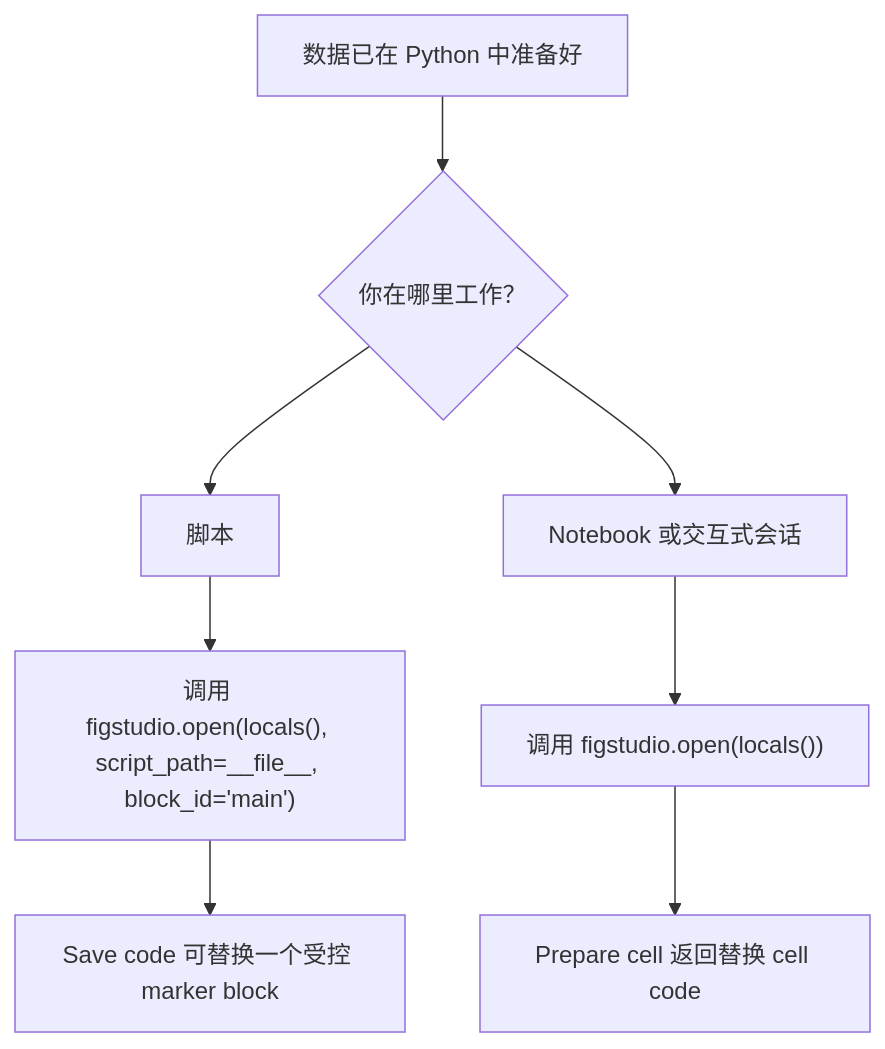
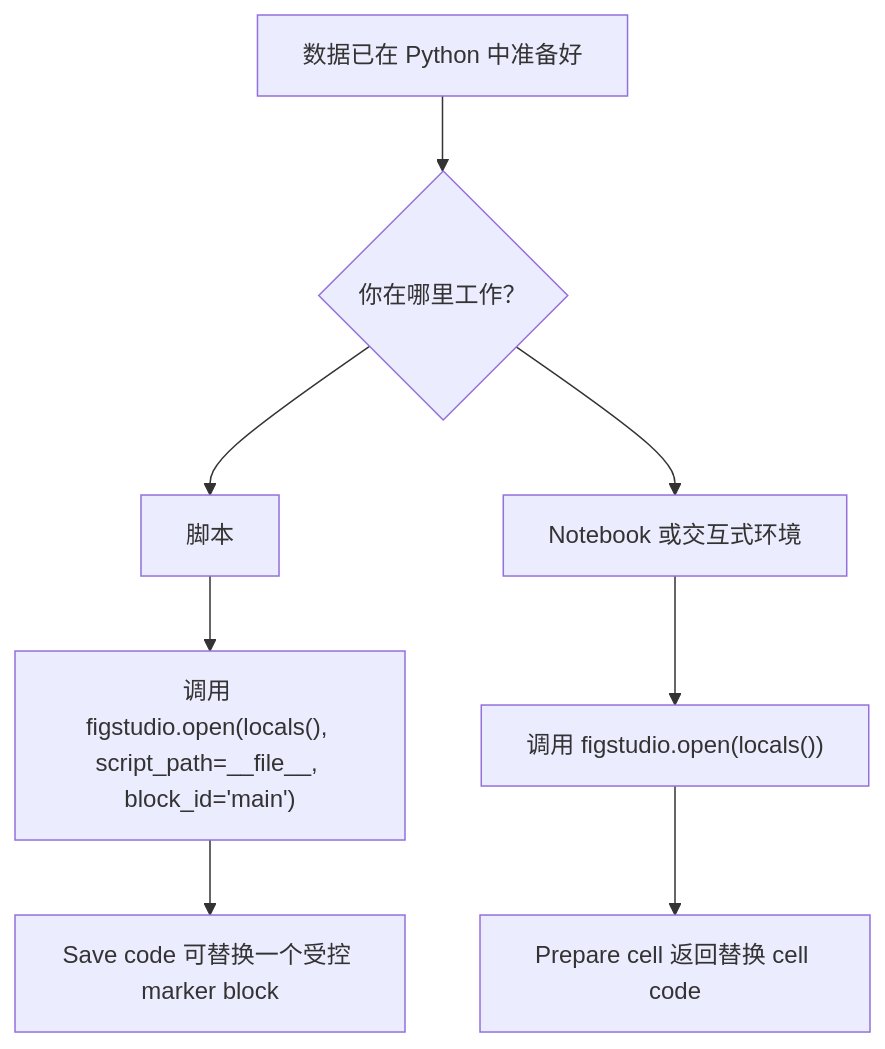
One commit to Isabelle20070607/figstudio changed the diagram in docs/zh/getting-started.md. Above: the diagram before and after it, drawn with Mermaid. The commit also changed other lines of this file and 13 other files, not shown here.

````diff
--- a/docs/zh/getting-started.md
+++ b/docs/zh/getting-started.md
@@ -23,10 +23,10 @@
 ```mermaid
 flowchart TD
   A["数据已在 Python 中准备好"] --> B{"你在哪里工作？"}
   B --> C["脚本"]
-  B --> D["Notebook 或交互式会话"]
+  B --> D["Notebook 或交互式环境"]
   C --> E["调用 figstudio.open(locals(), script_path=__file__, block_id='main')"]
   D --> F["调用 figstudio.open(locals())"]
   E --> G["Save code 可替换一个受控 marker block"]
   F --> H["Prepare cell 返回替换 cell code"]
 ```
````
